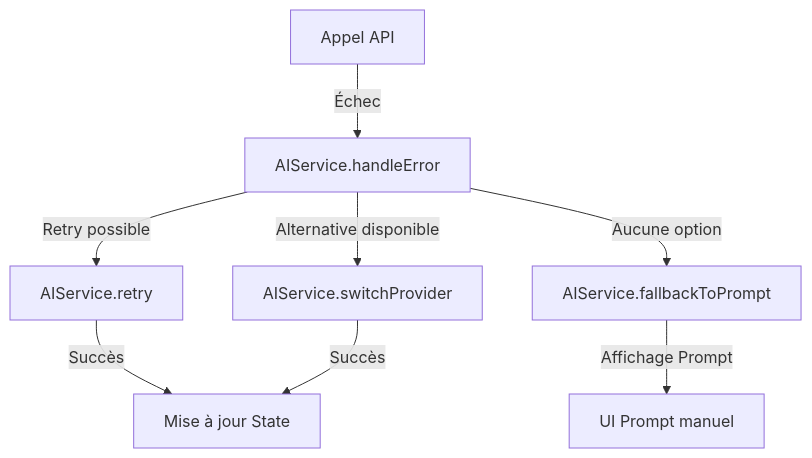
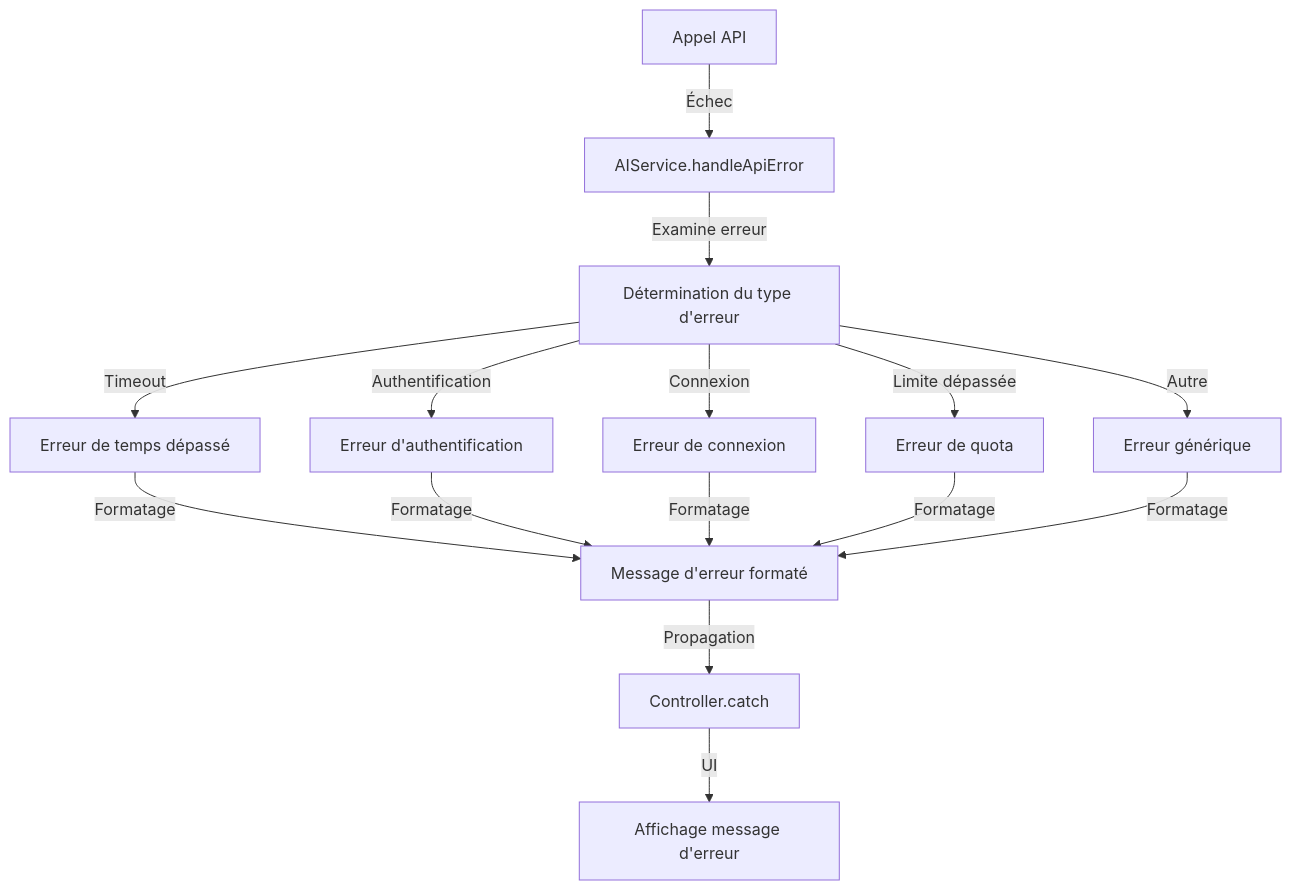
One commit to habib256/jodotarot changed the second of 3 diagrams in docs/architecture/flux-donnees.md. Above: the diagram before and after it, drawn with Mermaid. The commit also changed other lines of this file and 27 other files, not shown here.

````diff
--- a/docs/architecture/flux-donnees.md
+++ b/docs/architecture/flux-donnees.md
@@ -194,10 +194,17 @@
 ```mermaid
 graph TD
-    A[Appel API] -->|Échec| B[AIService.handleError]
-    B -->|Retry possible| C[AIService.retry]
-    B -->|Alternative disponible| D[AIService.switchProvider]
-    B -->|Aucune option| E[AIService.fallbackToPrompt]
-    C -->|Succès| F[Mise à jour State]
-    D -->|Succès| F
-    E -->|Affichage Prompt| G[UI Prompt manuel]
+    A[Appel API] -->|Échec| B[AIService.handleApiError]
+    B -->|Examine erreur| C[Détermination du type d'erreur]
+    C -->|Timeout| D[Erreur de temps dépassé]
+    C -->|Authentification| E[Erreur d'authentification]
+    C -->|Connexion| F[Erreur de connexion]
+    C -->|Limite dépassée| G[Erreur de quota]
+    C -->|Autre| H[Erreur générique]
+    D -->|Formatage| I[Message d'erreur formaté]
+    E -->|Formatage| I
+    F -->|Formatage| I
+    G -->|Formatage| I
+    H -->|Formatage| I
+    I -->|Propagation| J[Controller.catch]
+    J -->|UI| K[Affichage message d'erreur]
 ```
````
